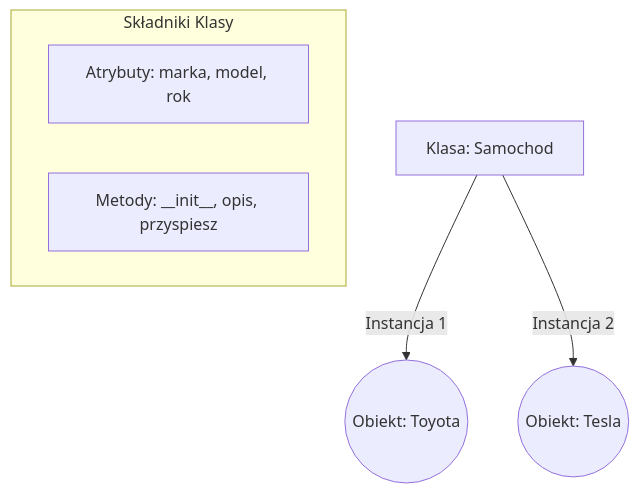
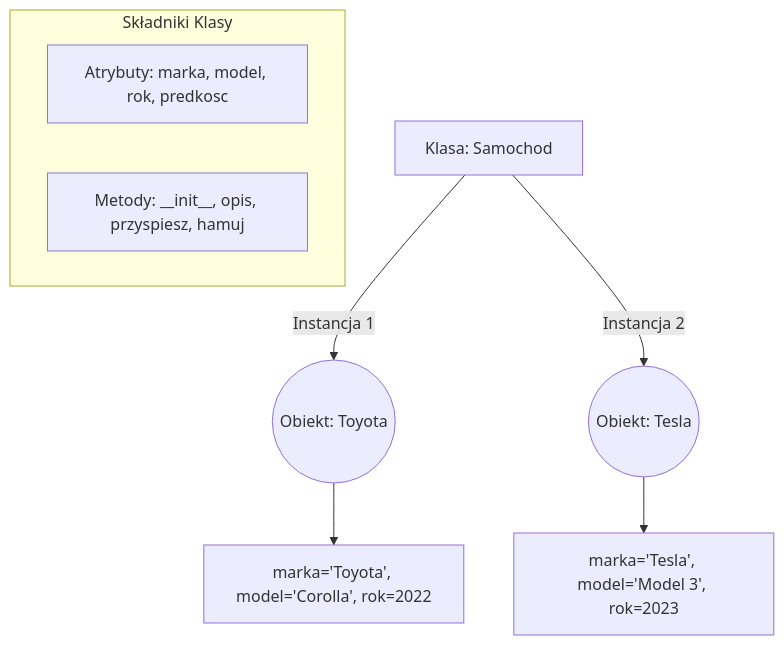
One commit to zacniewski/materials-about-markup-and-scripting-languages changed the first of 2 diagrams in lectures/wyklad06.md. Above: the diagram before and after it, drawn with Mermaid. The commit also changed other lines of this file, not shown here.

````diff
--- a/lectures/wyklad06.md
+++ b/lectures/wyklad06.md
@@ -9,10 +13,13 @@
 ```mermaid
 graph TD
     Klasa[Klasa: Samochod] -- "Instancja 1" --> O1((Obiekt: Toyota))
     Klasa -- "Instancja 2" --> O2((Obiekt: Tesla))
     
     subgraph "Składniki Klasy"
-    Atrybuty[Atrybuty: marka, model, rok]
-    Metody[Metody: __init__, opis, przyspiesz]
+    Atrybuty[Atrybuty: marka, model, rok, predkosc]
+    Metody[Metody: __init__, opis, przyspiesz, hamuj]
     end
+    
+    O1 --> V1[marka='Toyota', model='Corolla', rok=2022]
+    O2 --> V2[marka='Tesla', model='Model 3', rok=2023]
 ```
````
